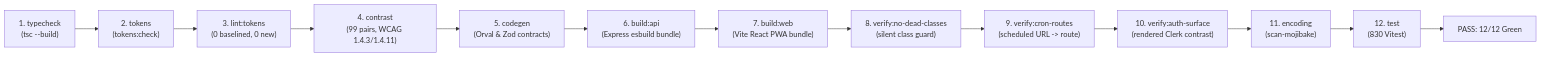
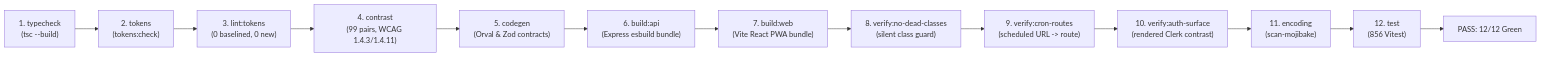
The second of 2 diagrams in spec/master-verification-matrix.md (Driftloom/TaskOS), drawn with Mermaid before and after one commit. The commit also changed other lines of this file and 7 other files, not shown here.

````diff
--- a/spec/master-verification-matrix.md
+++ b/spec/master-verification-matrix.md
@@ -206,15 +205,15 @@
 ```mermaid
 flowchart LR
     G1["1. typecheck<br/>(tsc --build)"] --> G2["2. tokens<br/>(tokens:check)"]
     G2 --> G3["3. lint:tokens<br/>(0 baselined, 0 new)"]
     G3 --> G4["4. contrast<br/>(99 pairs, WCAG 1.4.3/1.4.11)"]
     G4 --> G5["5. codegen<br/>(Orval & Zod contracts)"]
     G5 --> G6["6. build:api<br/>(Express esbuild bundle)"]
     G6 --> G7["7. build:web<br/>(Vite React PWA bundle)"]
     G7 --> G8["8. verify:no-dead-classes<br/>(silent class guard)"]
     G8 --> G9["9. verify:cron-routes<br/>(scheduled URL -> route)"]
     G9 --> G10["10. verify:auth-surface<br/>(rendered Clerk contrast)"]
     G10 --> G11["11. encoding<br/>(scan-mojibake)"]
-    G11 --> G12["12. test<br/>(830 Vitest)"]
+    G11 --> G12["12. test<br/>(856 Vitest)"]
     G12 --> Green["PASS: 12/12 Green"]
 ```
````
